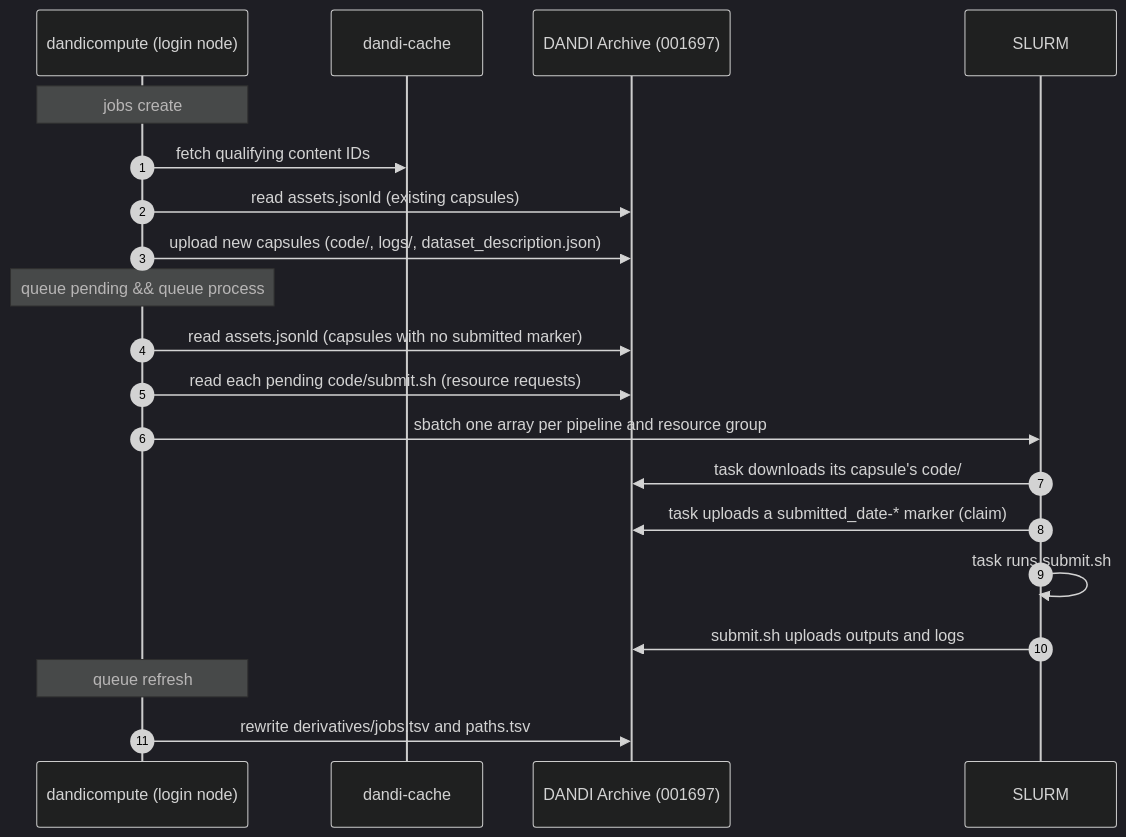
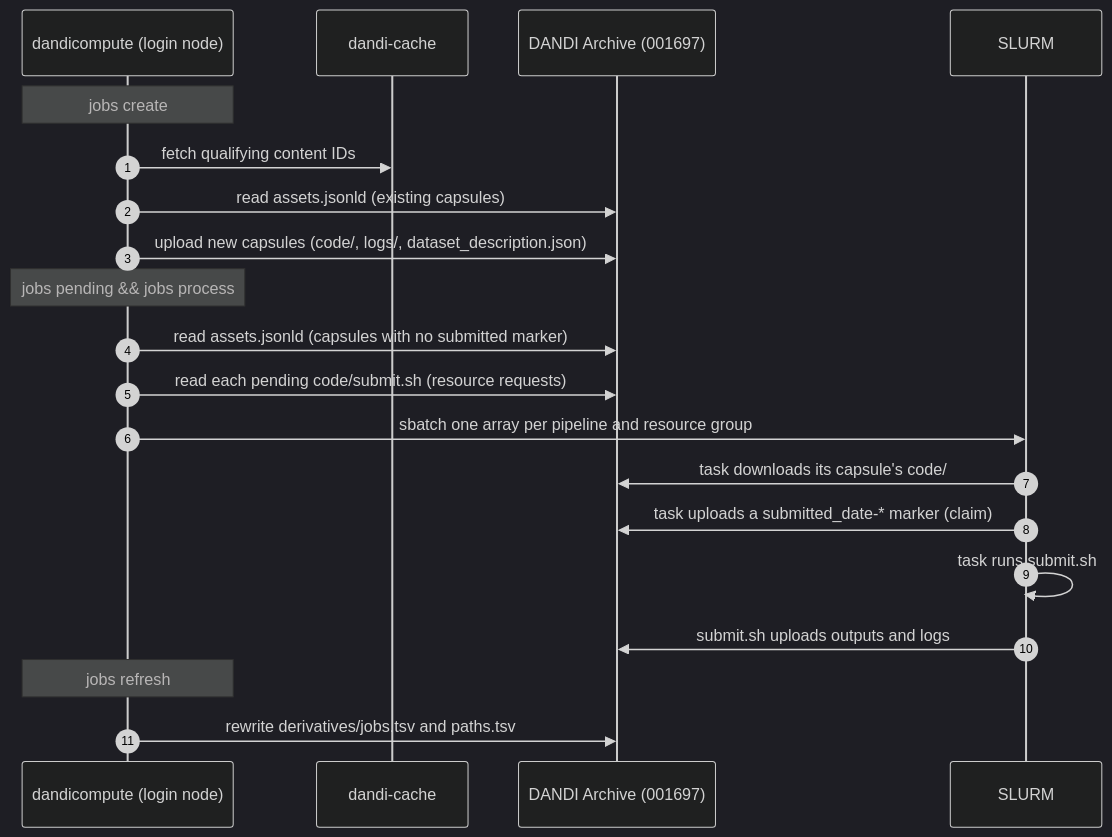
The second of 2 diagrams in docs/overview.md (dandi-compute/dandi-compute-core), drawn with Mermaid (dark theme) before and after one commit. The commit also changed 20 other files, not shown here.

First line of the commit message:
Consolidated the queue CLI group under jobs and clean

````diff
--- a/docs/overview.md
+++ b/docs/overview.md
@@ -72,26 +72,26 @@
 ```mermaid
 sequenceDiagram
     autonumber
     participant CLI as dandicompute (login node)
     participant Cache as dandi-cache
     participant DANDI as DANDI Archive (001697)
     participant SLURM
 
     Note over CLI: jobs create
     CLI->>Cache: fetch qualifying content IDs
     CLI->>DANDI: read assets.jsonld (existing capsules)
     CLI->>DANDI: upload new capsules (code/, logs/, dataset_description.json)
 
-    Note over CLI: queue pending && queue process
+    Note over CLI: jobs pending && jobs process
     CLI->>DANDI: read assets.jsonld (capsules with no submitted marker)
     CLI->>DANDI: read each pending code/submit.sh (resource requests)
     CLI->>SLURM: sbatch one array per pipeline and resource group
 
     SLURM->>DANDI: task downloads its capsule's code/
     SLURM->>DANDI: task uploads a submitted_date-* marker (claim)
     SLURM->>SLURM: task runs submit.sh
     SLURM->>DANDI: submit.sh uploads outputs and logs
 
-    Note over CLI: queue refresh
+    Note over CLI: jobs refresh
     CLI->>DANDI: rewrite derivatives/jobs.tsv and paths.tsv
 ```
````
